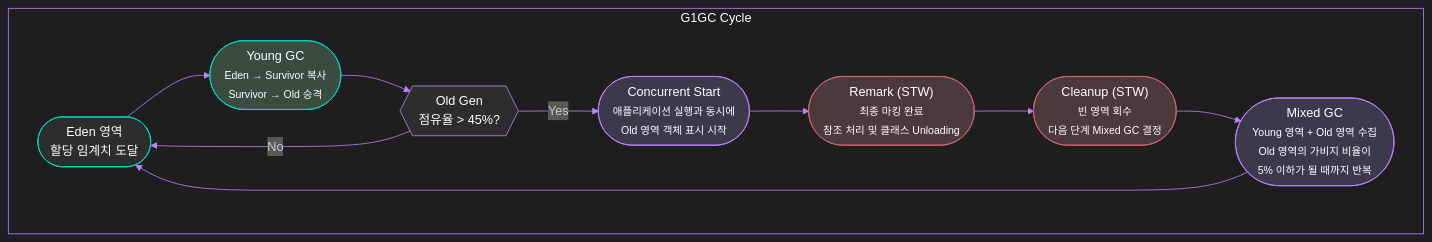
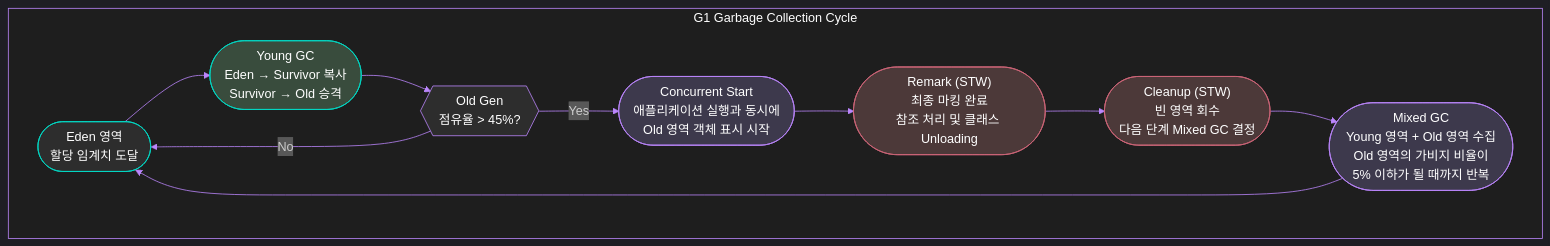
Before and after one commit to K-Diger/K-Diger.github.io: the second of 2 diagrams in _posts/2023-10-10-JVM-GC.md, drawn with Mermaid. The commit also changed other lines of this file, not shown here.

````diff
--- a/_posts/2023-10-10-JVM-GC.md
+++ b/_posts/2023-10-10-JVM-GC.md
@@ -192,43 +194,43 @@
 ```mermaid
 %%{
   init: {
     'theme': 'dark',
     'themeVariables': {
       'primaryColor': '#bb86fc',
       'primaryTextColor': '#fff',
       'primaryBorderColor': '#9965f4',
       'lineColor': '#bb86fc',
       'secondaryColor': '#03dac6',
       'tertiaryColor': '#cf6679',
       'mainBkg': '#1e1e1e'
     }
   }
 }%%
-flowchart LR
-    subgraph G1GC["G1GC Cycle"]
+flowchart TB
+    subgraph G1GC["G1 Garbage Collection Cycle"]
         direction LR
         Start(["Eden 영역<br>할당 임계치 도달"]) -->
-        Y1(["Young GC<br><small>Eden → Survivor 복사<br>Survivor → Old 승격</small>"]) -->
+        Y1(["Young GC<br>Eden → Survivor 복사<br>Survivor → Old 승격"]) -->
         Y2{{"Old Gen<br>점유율 > 45%?"}}
-        Y2 -->|Yes| CS(["Concurrent Start<br><small>애플리케이션 실행과 동시에<br>Old 영역 객체 표시 시작</small>"])
+        Y2 -->|Yes| CS(["Concurrent Start<br>애플리케이션 실행과 동시에<br>Old 영역 객체 표시 시작"])
         Y2 -->|No| Start
-        CS --> RM(["Remark (STW)<br><small>최종 마킹 완료<br>참조 처리 및 클래스 Unloading</small>"])
-        RM --> CL(["Cleanup (STW)<br><small>빈 영역 회수<br>다음 단계 Mixed GC 결정</small>"])
-        CL --> MX(["Mixed GC<br><small>Young 영역 + Old 영역 수집<br>Old 영역의 가비지 비율이<br>5% 이하가 될 때까지 반복</small>"])
+        CS --> RM(["Remark (STW)<br>최종 마킹 완료<br>참조 처리 및 클래스 Unloading"])
+        RM --> CL(["Cleanup (STW)<br>빈 영역 회수<br>다음 단계 Mixed GC 결정"])
+        CL --> MX(["Mixed GC<br>Young 영역 + Old 영역 수집<br>Old 영역의 가비지 비율이<br>5% 이하가 될 때까지 반복"])
         MX --> Start
     end
 
     classDef trigger fill:#2d2d2d,stroke:#03dac6,color:#fff
     classDef youngPhase fill:#394c3d,stroke:#03dac6,color:#fff
     classDef decision fill:#2d2d2d,stroke:#bb86fc,color:#fff
     classDef stw fill:#4c3939,stroke:#cf6679,color:#fff
     classDef mixed fill:#3d394c,stroke:#bb86fc,color:#fff
 
     class Start trigger
     class Y1 youngPhase
     class Y2 decision
     class RM,CL stw
     class CS,MX mixed
 
     style G1GC fill:#1e1e1e,stroke:#bb86fc,color:#fff
 ```
````
